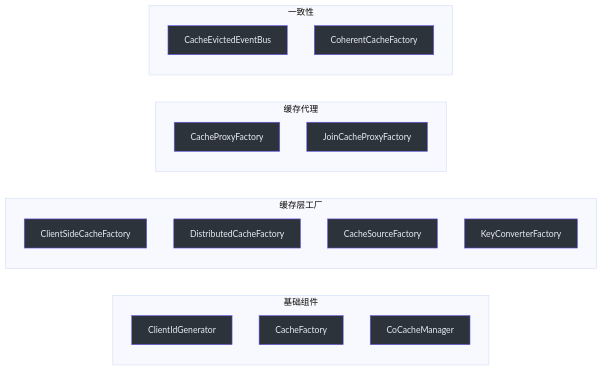
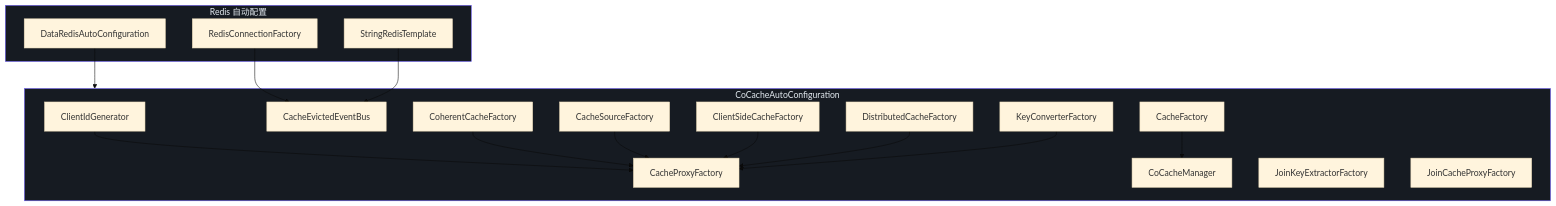
One commit to Ahoo-Wang/CoCache changed the fourth of 4 diagrams in wiki/zh/api/spring-integration.md. Above: the diagram before and after it, drawn with Mermaid (base theme). The commit also changed other lines of this file and 25 other files, not shown here.

````diff
--- a/wiki/zh/api/spring-integration.md
+++ b/wiki/zh/api/spring-integration.md
@@ -162,37 +373,37 @@
 ```mermaid
-graph LR
-    subgraph sg_111 ["基础组件"]
-        CIG["ClientIdGenerator"]
-        CF["CacheFactory"]
-        CCM["CoCacheManager"]
+graph TB
+    subgraph Redis["Redis 自动配置"]
+        style Redis fill:#161b22,stroke:#6d5dfc,color:#e6edf3
+        DRA["DataRedisAutoConfiguration"]
+        RT["StringRedisTemplate"]
+        RCF["RedisConnectionFactory"]
     end
 
-    subgraph sg_112 ["缓存层工厂"]
-        CSCF["ClientSideCacheFactory"]
-        RDCF["DistributedCacheFactory"]
-        SCSF["CacheSourceFactory"]
-        SKCF["KeyConverterFactory"]
-    end
-
-    subgraph sg_113 ["缓存代理"]
+    subgraph CoCache["CoCacheAutoConfiguration"]
+        style CoCache fill:#161b22,stroke:#6d5dfc,color:#e6edf3
+        CCG["ClientIdGenerator"]
+        CEV["CacheEvictedEventBus"]
+        CCF["CoherentCacheFactory"]
         CPF["CacheProxyFactory"]
+        CSrcF["CacheSourceFactory"]
+        CSF["ClientSideCacheFactory"]
+        DCF["DistributedCacheFactory"]
+        KCF["KeyConverterFactory"]
+        SCF["CacheFactory"]
+        CCM["CoCacheManager"]
+        JKEF["JoinKeyExtractorFactory"]
         JCPF["JoinCacheProxyFactory"]
     end
 
-    subgraph sg_114 ["一致性"]
-        CEB["CacheEvictedEventBus"]
-        CCFactory["CoherentCacheFactory"]
-    end
+    RCF --> CEV
+    RT --> CEV
+    DRA --> CoCache
+    CCG --> CPF
+    CCF --> CPF
+    CSrcF --> CPF
+    CSF --> CPF
+    DCF --> CPF
+    KCF --> CPF
+    SCF --> CCM
 
-    style CIG fill:#2d333b,stroke:#6d5dfc,color:#e6edf3
-    style CF fill:#2d333b,stroke:#6d5dfc,color:#e6edf3
-    style CCM fill:#2d333b,stroke:#6d5dfc,color:#e6edf3
-    style CSCF fill:#2d333b,stroke:#6d5dfc,color:#e6edf3
-    style RDCF fill:#2d333b,stroke:#6d5dfc,color:#e6edf3
-    style SCSF fill:#2d333b,stroke:#6d5dfc,color:#e6edf3
-    style SKCF fill:#2d333b,stroke:#6d5dfc,color:#e6edf3
-    style CPF fill:#2d333b,stroke:#6d5dfc,color:#e6edf3
-    style JCPF fill:#2d333b,stroke:#6d5dfc,color:#e6edf3
-    style CEB fill:#2d333b,stroke:#6d5dfc,color:#e6edf3
-    style CCFactory fill:#2d333b,stroke:#6d5dfc,color:#e6edf3
 ```
````
